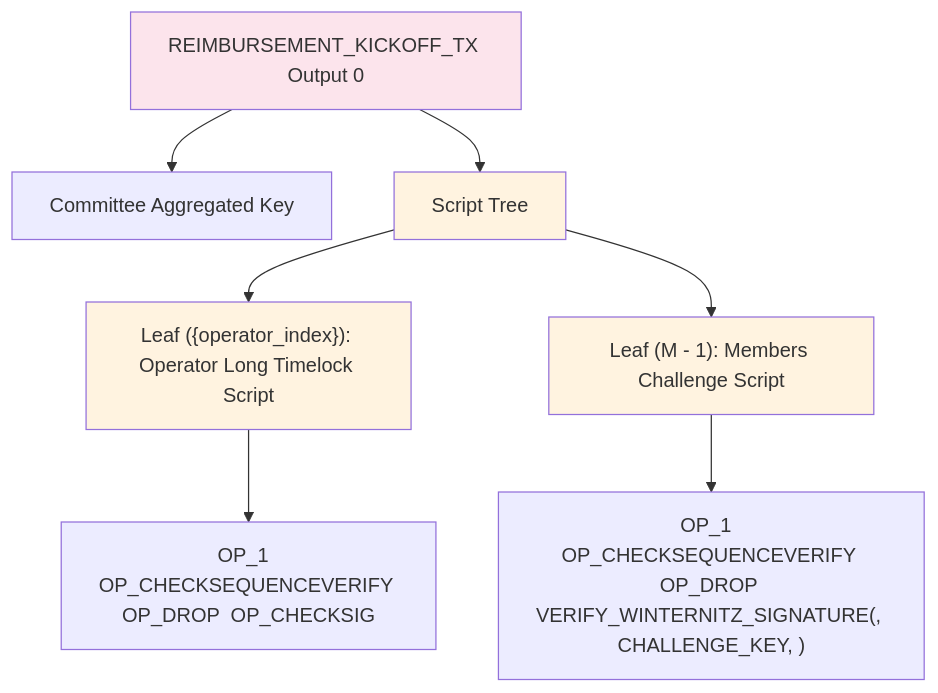
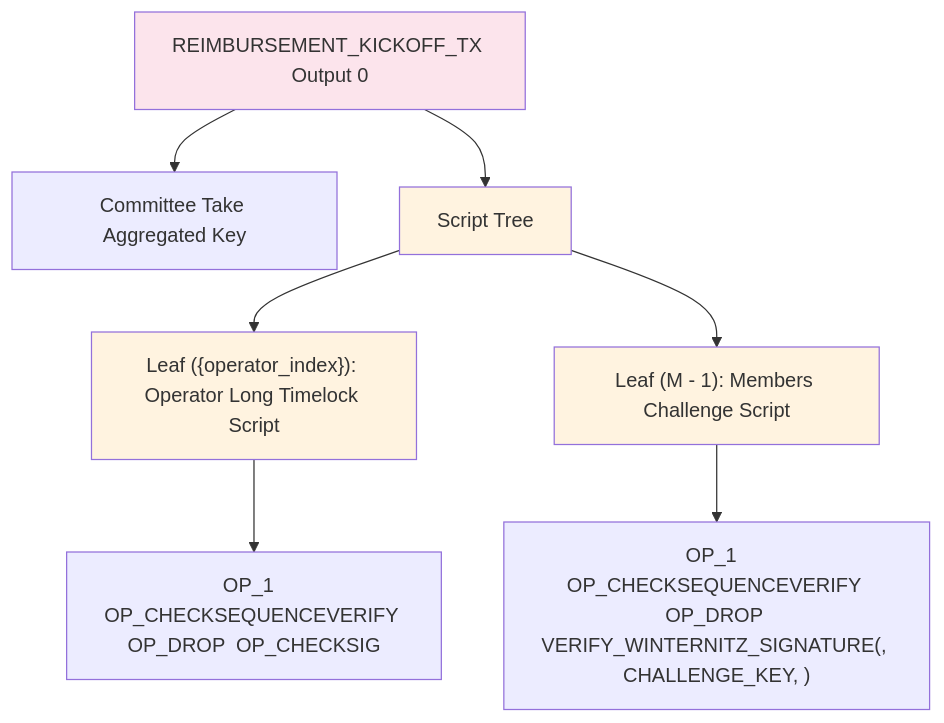
Before and after one commit to rsksmart/union-bridge-contracts: diagram 18 of 24 in bitcoin-transactions.md, drawn with Mermaid. The commit also changed other lines of this file and 38 other files, not shown here.

First line of the commit message:
Aggregated dispute key (#411)

````diff
--- a/bitcoin-transactions.md
+++ b/bitcoin-transactions.md
@@ -830,15 +830,15 @@
     ```mermaid
     graph TD
-        A[REIMBURSEMENT_KICKOFF_TX Output 0] --> B[Committee Aggregated Key]
+        A[REIMBURSEMENT_KICKOFF_TX Output 0] --> B[Committee Take Aggregated Key]
         A --> C[Script Tree]
         C --> D["Leaf ({operator_index}): Operator Long Timelock Script"]
         C --> F["Leaf (M - 1): Members Challenge Script"]
 
         D --> G["OP_1 <LONG_TIMELOCK> OP_CHECKSEQUENCEVERIFY OP_DROP <operator_dispute_key> OP_CHECKSIG"]
         F --> I["OP_1 <SHORT_TIMELOCK> OP_CHECKSEQUENCEVERIFY OP_DROP VERIFY_WINTERNITZ_SIGNATURE(<dispute_aggregated_key>, CHALLENGE_KEY, <challenge_key>)"]
 
         style A fill:#fce4ec
         style C fill:#fff3e0
         style D fill:#fff3e0
         style F fill:#fff3e0
     ```
````
